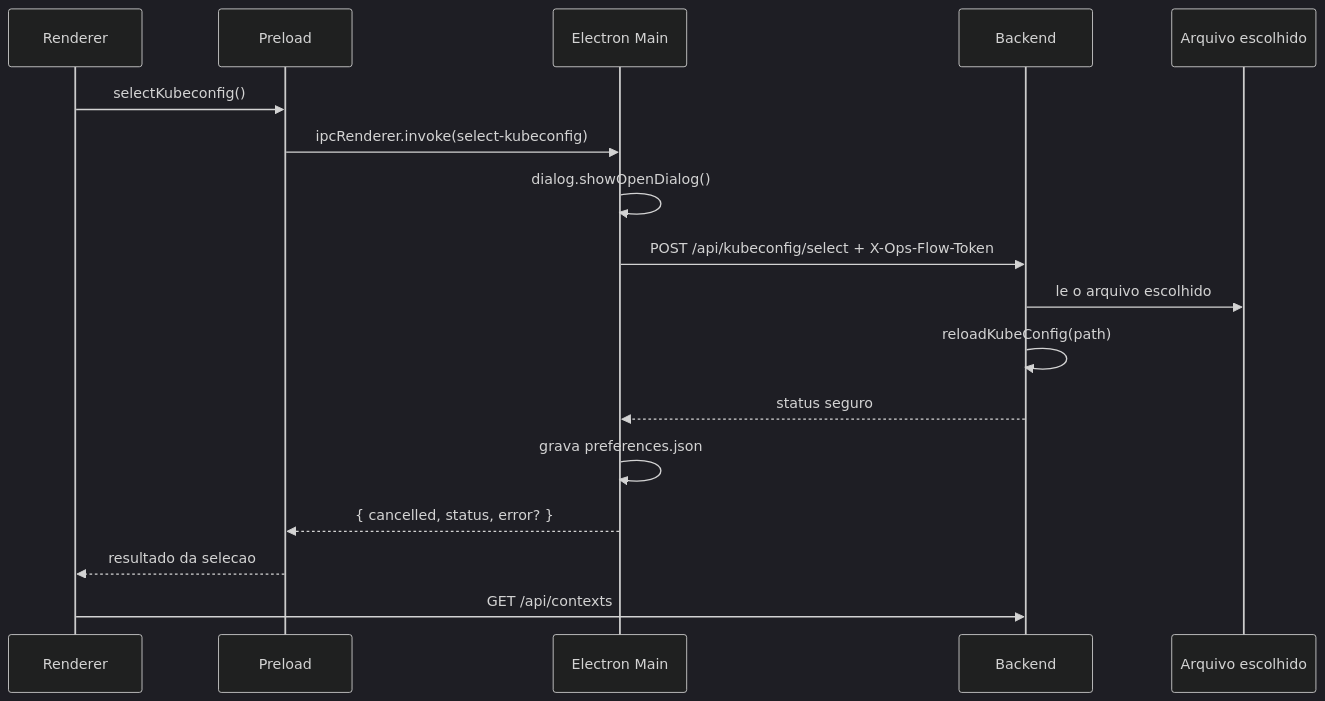
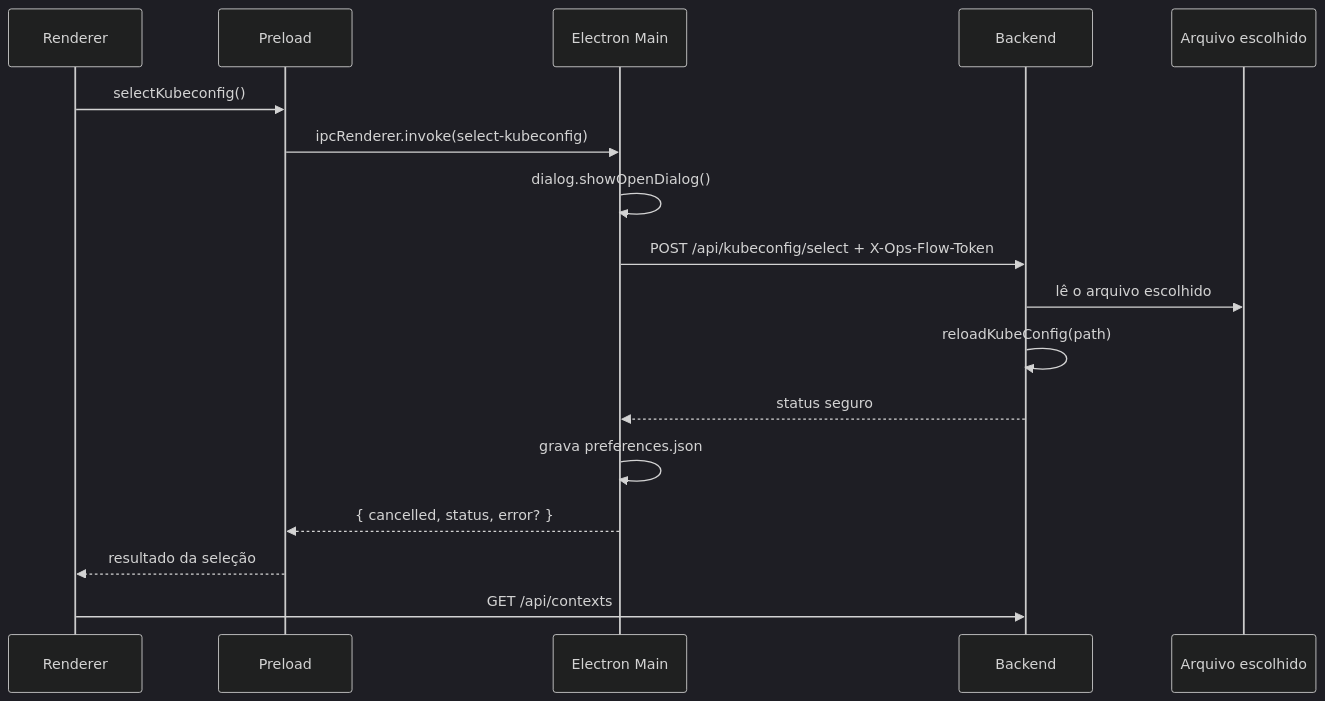
One commit to idd-galcantara/ops-flow changed the second of 2 diagrams in TECH-DEFINITION.md. Above: the diagram before and after it, drawn with Mermaid (dark theme). The commit also changed other lines of this file, not shown here.

````diff
--- a/TECH-DEFINITION.md
+++ b/TECH-DEFINITION.md
@@ -605,20 +604,20 @@
 ```mermaid
 sequenceDiagram
   participant R as Renderer
   participant P as Preload
   participant M as Electron Main
   participant B as Backend
   participant F as Arquivo escolhido
 
   R->>P: selectKubeconfig()
   P->>M: ipcRenderer.invoke(select-kubeconfig)
   M->>M: dialog.showOpenDialog()
   M->>B: POST /api/kubeconfig/select + X-Ops-Flow-Token
-  B->>F: le o arquivo escolhido
+  B->>F: lê o arquivo escolhido
   B->>B: reloadKubeConfig(path)
   B-->>M: status seguro
   M->>M: grava preferences.json
   M-->>P: { cancelled, status, error? }
-  P-->>R: resultado da selecao
+  P-->>R: resultado da seleção
   R->>B: GET /api/contexts
 ```
````
